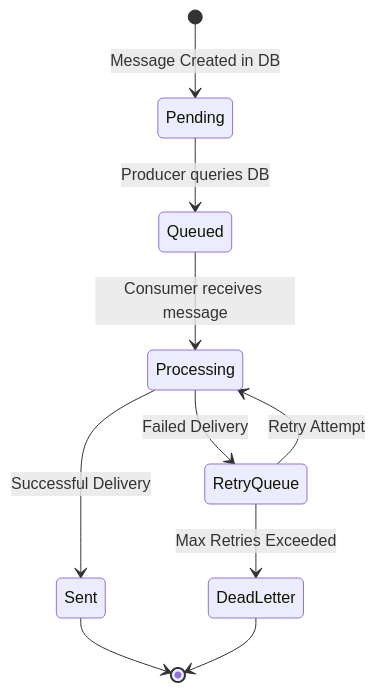
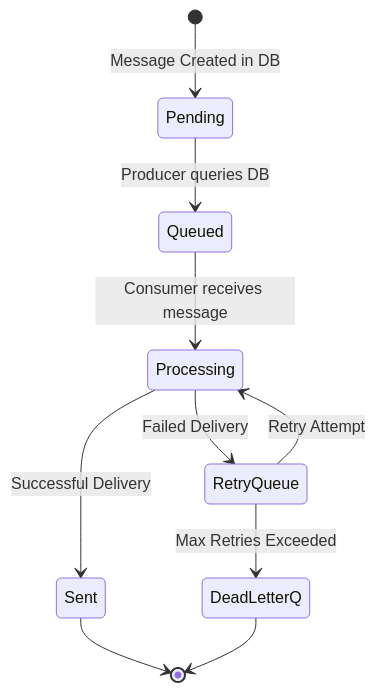
One commit to ozzy-cox/automatic-message-system changed the third of 3 diagrams in README.md. Above: the diagram before and after it, drawn with Mermaid. The commit also changed other lines of this file, not shown here.

````diff
--- a/README.md
+++ b/README.md
@@ -147,12 +146,12 @@
 ```mermaid
 stateDiagram-v2
     [*] --> Pending: Message Created in DB
     Pending --> Queued: Producer queries DB
     Queued --> Processing: Consumer receives message
     Processing --> Sent: Successful Delivery
     Processing --> RetryQueue: Failed Delivery
     RetryQueue --> Processing: Retry Attempt
-    RetryQueue --> DeadLetter: Max Retries Exceeded
+    RetryQueue --> DeadLetterQ: Max Retries Exceeded
     Sent --> [*]
-    DeadLetter --> [*]
+    DeadLetterQ --> [*]
 ```
````
